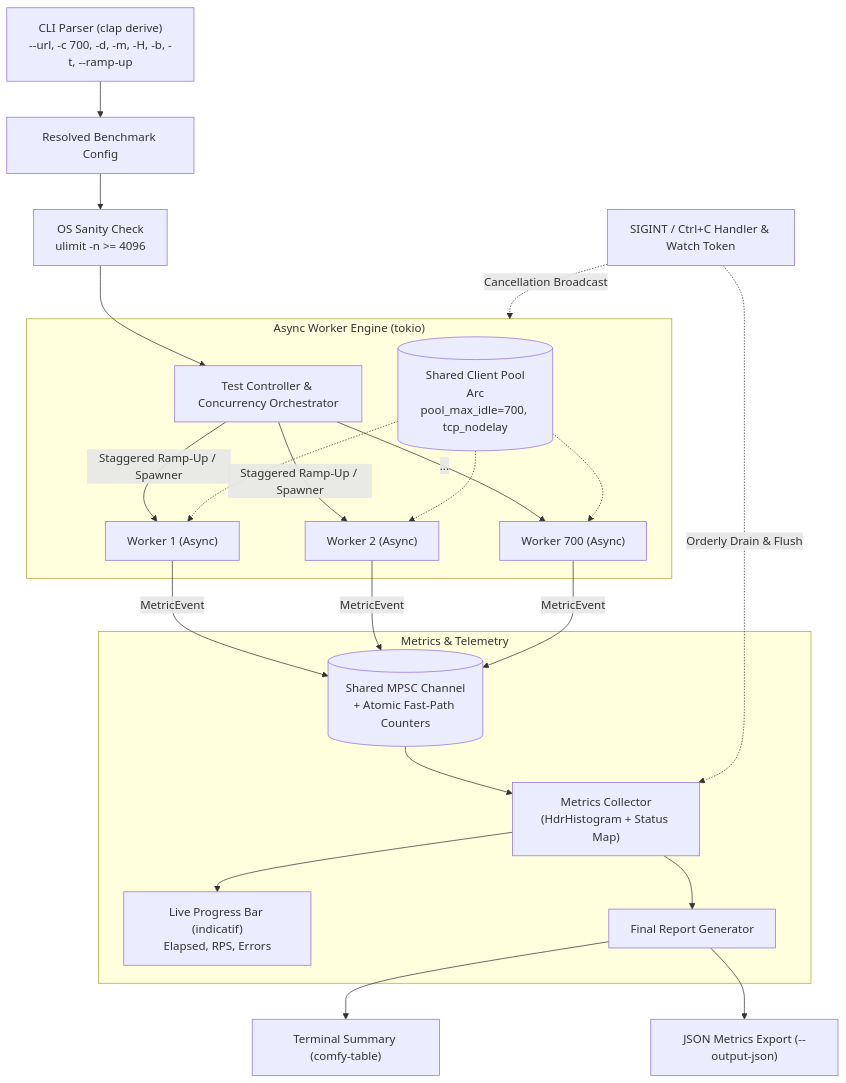
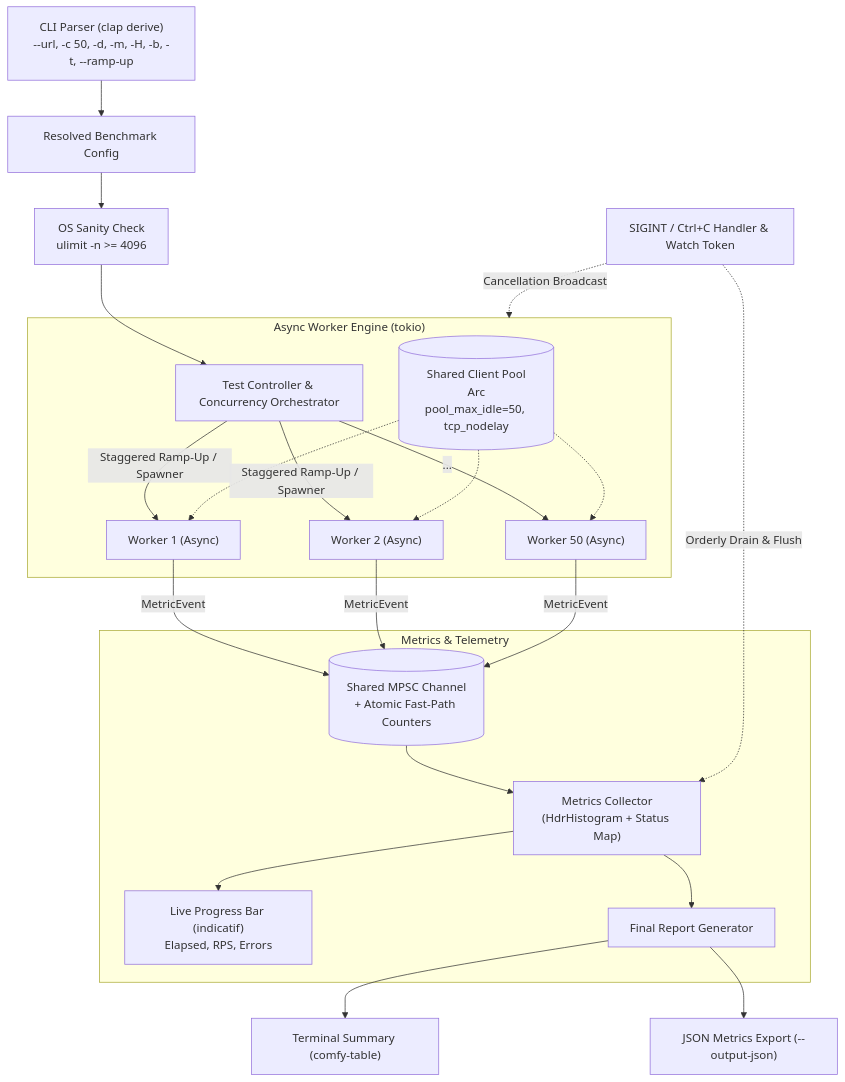
The first of 2 diagrams in plan/README.md (seanr89/rusty-loader), drawn with Mermaid before and after one commit. The commit also changed other lines of this file and 56 other files, not shown here.

Commit message:
feat(scenario): add ordered multi-step API sequences, Sequence Studio UI, and 50-VU default (#15)

````diff
--- a/plan/README.md
+++ b/plan/README.md
@@ -11,31 +11,31 @@
 ```mermaid
 flowchart TD
-    CLI["CLI Parser (clap derive)<br/>--url, -c 700, -d, -m, -H, -b, -t, --ramp-up"] --> Config["Resolved Benchmark Config"]
+    CLI["CLI Parser (clap derive)<br/>--url, -c 50, -d, -m, -H, -b, -t, --ramp-up"] --> Config["Resolved Benchmark Config"]
     Config --> OSCheck["OS Sanity Check<br/>ulimit -n >= 4096"]
     OSCheck --> Controller["Test Controller & Concurrency Orchestrator"]
     
     subgraph Engine ["Async Worker Engine (tokio)"]
         Controller -->|"Staggered Ramp-Up / Spawner"| W1["Worker 1 (Async)"]
         Controller -->|"Staggered Ramp-Up / Spawner"| W2["Worker 2 (Async)"]
-        Controller -->|"..."| WN["Worker 700 (Async)"]
-        ClientPool[("Shared Client Pool<br/>Arc<reqwest::Client><br/>pool_max_idle=700, tcp_nodelay")] -.-> W1
+        Controller -->|"..."| WN["Worker 50 (Async)"]
+        ClientPool[("Shared Client Pool<br/>Arc<reqwest::Client><br/>pool_max_idle=50, tcp_nodelay")] -.-> W1
         ClientPool -.-> W2
         ClientPool -.-> WN
     end
 
     W1 -->|"MetricEvent"| MPSC[("Shared MPSC Channel<br/>+ Atomic Fast-Path Counters")]
     W2 -->|"MetricEvent"| MPSC
     WN -->|"MetricEvent"| MPSC
 
     subgraph Telemetry ["Metrics & Telemetry"]
         MPSC --> Collector["Metrics Collector<br/>(HdrHistogram + Status Map)"]
         Collector --> LiveUI["Live Progress Bar (indicatif)<br/>Elapsed, RPS, Errors"]
         Collector --> FinalReport["Final Report Generator"]
     end
 
     FinalReport --> Table["Terminal Summary (comfy-table)"]
     FinalReport --> JSONOut["JSON Metrics Export (--output-json)"]
 
     Signals["SIGINT / Ctrl+C Handler & Watch Token"] -.->|"Cancellation Broadcast"| Engine
     Signals -.->|"Orderly Drain & Flush"| Collector
 ```
````
